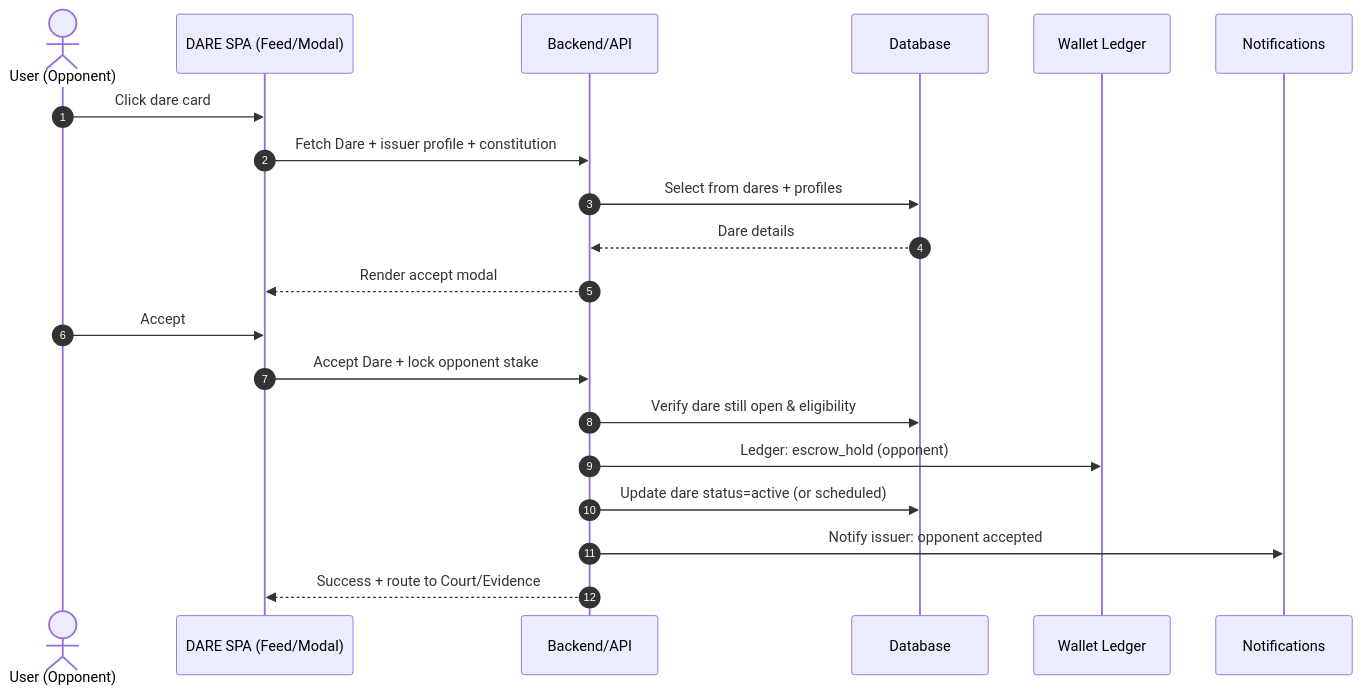
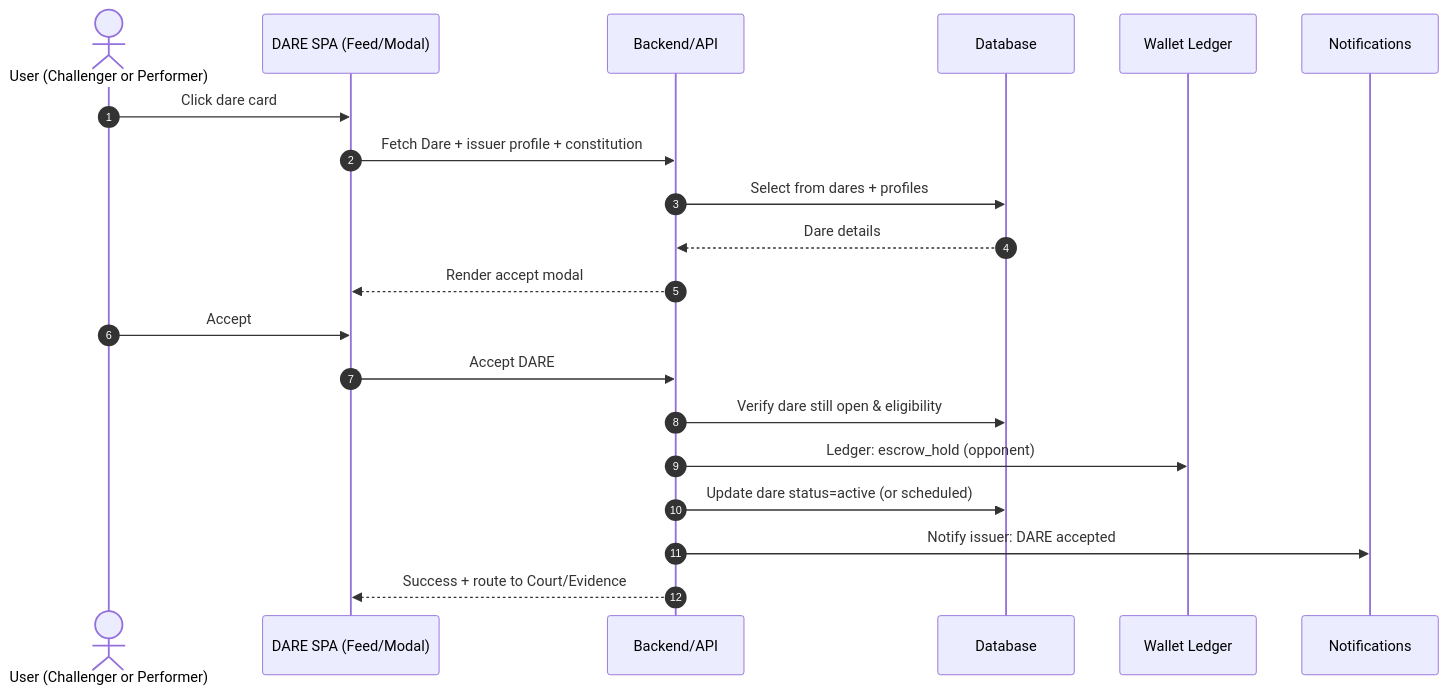
One commit to dare-mvp/dare changed the second of 7 diagrams in deep-research-report.md. Above: the diagram before and after it, drawn with Mermaid. The commit also changed other lines of this file and 147 other files, not shown here.

````diff
--- a/deep-research-report.md
+++ b/deep-research-report.md
@@ -161,23 +163,23 @@
 ```mermaid
 sequenceDiagram
   autonumber
-  actor O as User (Opponent)
+  actor O as User (Challenger or Performer)
   participant SPA as DARE SPA (Feed/Modal)
   participant API as Backend/API
   participant DB as Database
   participant WAL as Wallet Ledger
   participant N as Notifications
 
   O->>SPA: Click dare card
   SPA->>API: Fetch Dare + issuer profile + constitution
   API->>DB: Select from dares + profiles
   DB-->>API: Dare details
   API-->>SPA: Render accept modal
   O->>SPA: Accept
-  SPA->>API: Accept Dare + lock opponent stake
+  SPA->>API: Accept DARE
   API->>DB: Verify dare still open & eligibility
   API->>WAL: Ledger: escrow_hold (opponent)
   API->>DB: Update dare status=active (or scheduled)
-  API->>N: Notify issuer: opponent accepted
+  API->>N: Notify issuer: DARE accepted
   API-->>SPA: Success + route to Court/Evidence
 ```
````
